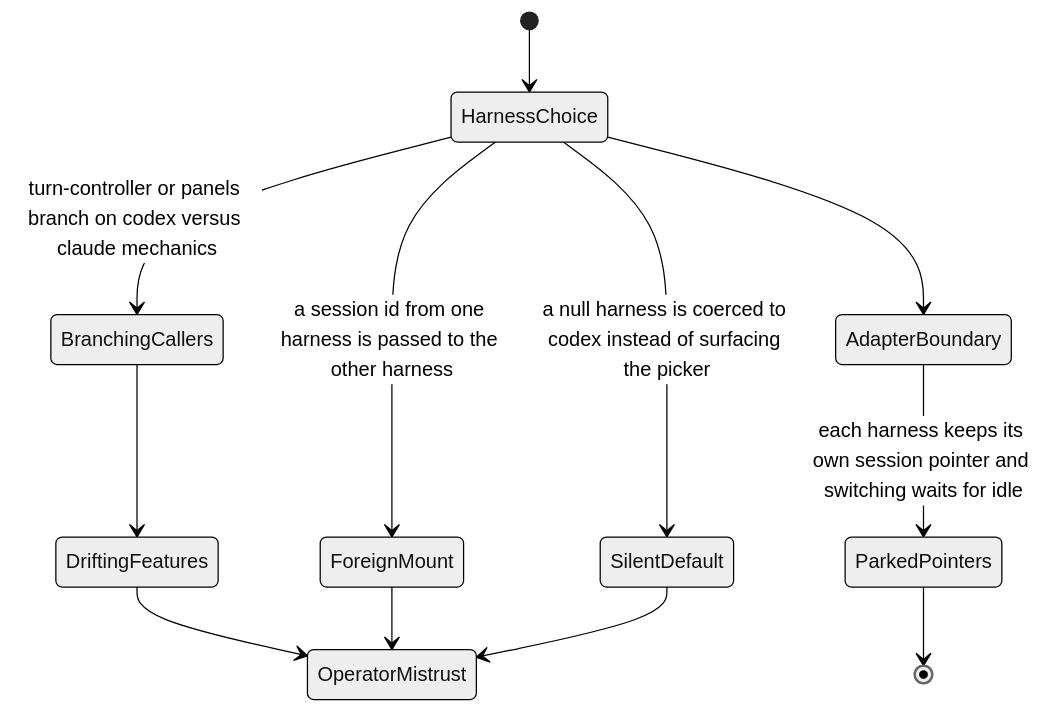
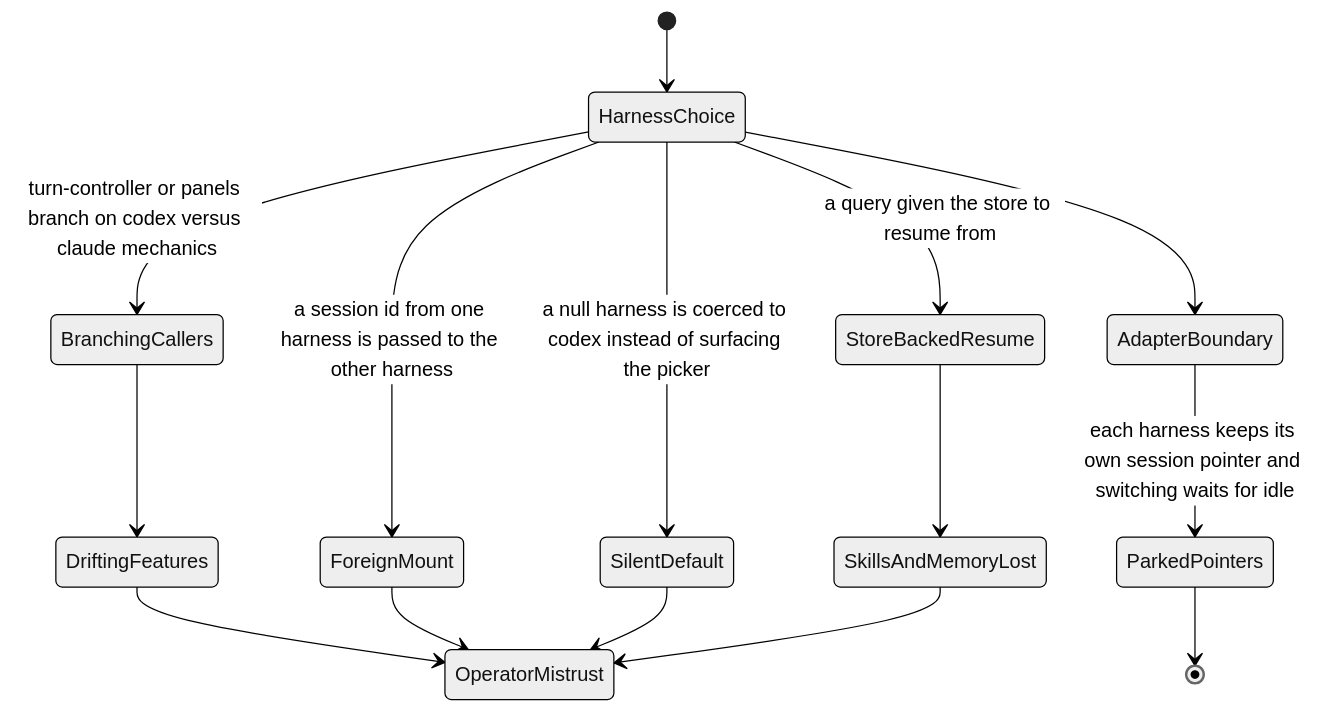
Before and after one commit to eaucoin/alasio: the third of 3 diagrams in src/harness/README.md, drawn with Mermaid (neutral theme). The commit also changed other lines of this file and 37 other files, not shown here.

````diff
--- a/src/harness/README.md
+++ b/src/harness/README.md
@@ -42,14 +48,17 @@
 ```mermaid
 stateDiagram-v2
   [*] --> HarnessChoice
   HarnessChoice --> BranchingCallers: turn-controller or panels branch on codex versus claude mechanics
   BranchingCallers --> DriftingFeatures
   DriftingFeatures --> OperatorMistrust
   HarnessChoice --> ForeignMount: a session id from one harness is passed to the other harness
   ForeignMount --> OperatorMistrust
   HarnessChoice --> SilentDefault: a null harness is coerced to codex instead of surfacing the picker
   SilentDefault --> OperatorMistrust
+  HarnessChoice --> StoreBackedResume: a query given the store to resume from
+  StoreBackedResume --> SkillsAndMemoryLost
+  SkillsAndMemoryLost --> OperatorMistrust
   HarnessChoice --> AdapterBoundary
   AdapterBoundary --> ParkedPointers: each harness keeps its own session pointer and switching waits for idle
   ParkedPointers --> [*]
 ```
````
